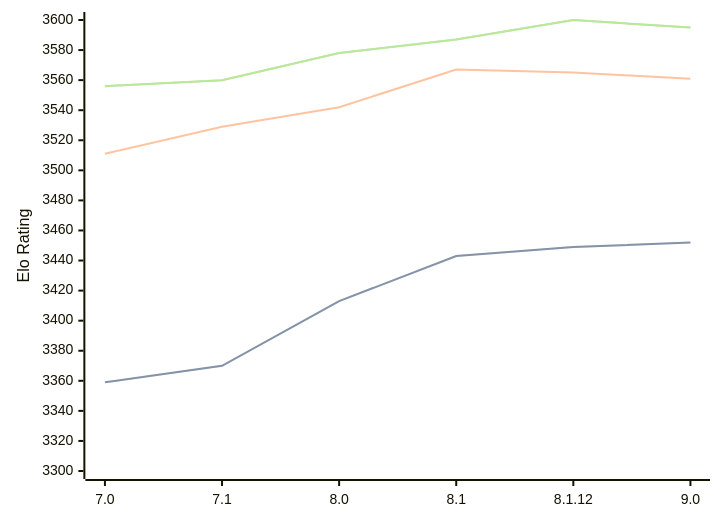
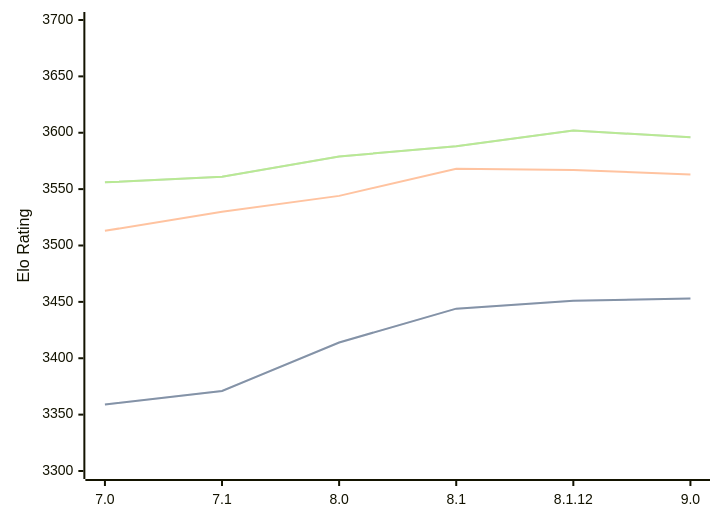
One commit to computer-chess-index/cci changed the diagram in engines/Alexandria.md. Above: the diagram before and after it, drawn with Mermaid. The commit also changed other lines of this file, not shown here.

Commit message:
Update CCI Ratings (ELO VLTC) - 2026-03-28

````diff
--- a/engines/Alexandria.md
+++ b/engines/Alexandria.md
@@ -55,11 +55,11 @@
 ```mermaid
 %%{init: {"theme":"base","themeVariables":{"seriesColors:['#a3a3a3','#222221','#faa371']}}}%%
 xychart-beta
   x-axis ["7.0", "7.1", "8.0", "8.1", "8.1.12", "9.0"]
-  y-axis "Elo Rating" 3300 --> 3600
-  line "STC (8.0+0.08s)" [3359, 3370, 3413, 3443, 3449, 3452]
-  line "STC (8.0+0.08s)" [3359, 3370, 3413, 3443, 3449, 3452]
-  line "LTC (60.0+0.60s)" [3511, 3529, 3542, 3567, 3565, 3561]
-  line "VLTC (2m24s+1.12s)" [3556, 3560, 3578, 3587, 3600, 3595]
-  line "VLTC (2m24s+1.12s)" [3556, 3560, 3578, 3587, 3600, 3595]
+  y-axis "Elo Rating" 3300 --> 3700
+  line "STC (8.0+0.08s)" [3359, 3371, 3414, 3444, 3451, 3453]
+  line "STC (8.0+0.08s)" [3359, 3371, 3414, 3444, 3451, 3453]
+  line "LTC (60.0+0.60s)" [3513, 3530, 3544, 3568, 3567, 3563]
+  line "VLTC (2m24s+1.12s)" [3556, 3561, 3579, 3588, 3602, 3596]
+  line "VLTC (2m24s+1.12s)" [3556, 3561, 3579, 3588, 3602, 3596]
 ```
````
